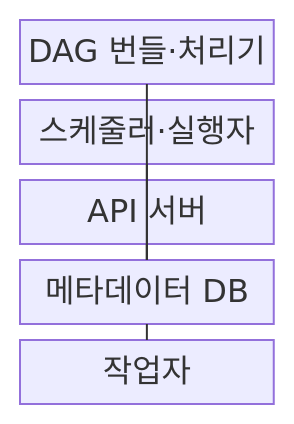
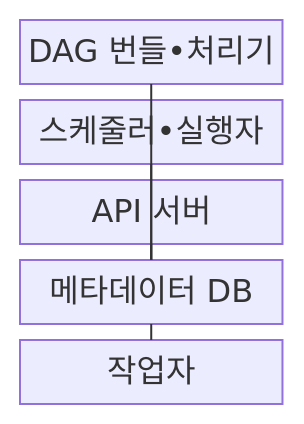
The first of 2 diagrams in src/content/docs/notes/03-software/139_data_pipeline_orchestration.md (agnusdei1207/knowledge-base), drawn with Mermaid before and after one commit. The commit also changed other lines of this file and 953 other files, not shown here.

````diff
--- a/src/content/docs/notes/03-software/139_data_pipeline_orchestration.md
+++ b/src/content/docs/notes/03-software/139_data_pipeline_orchestration.md
@@ -72,13 +72,13 @@
 ```mermaid
 block
     columns 1
-    A["DAG 번들·처리기"]
-    B["스케줄러·실행자"]
+    A["DAG 번들•처리기"]
+    B["스케줄러•실행자"]
     C["API 서버"]
     D["메타데이터 DB"]
     E["작업자"]
     A --- D
     B --- D
     C --- D
     D --- E
 ```
````
